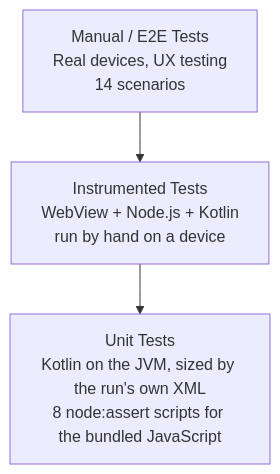
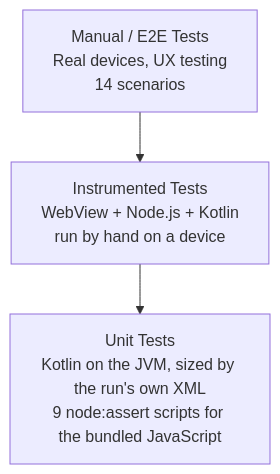
One commit to cuixinyuan666/vscodroid changed the first of 3 diagrams in docs/07-TESTING_STRATEGY.md. Above: the diagram before and after it, drawn with Mermaid. The commit also changed other lines of this file and 208 other files, not shown here.

````diff
--- a/docs/07-TESTING_STRATEGY.md
+++ b/docs/07-TESTING_STRATEGY.md
@@ -23,5 +23,5 @@
 ```mermaid
 flowchart TD
   E2E["Manual / E2E Tests<br/>Real devices, UX testing<br/>14 scenarios"] --> INT["Instrumented Tests<br/>WebView + Node.js + Kotlin<br/>run by hand on a device"]
-  INT --> UNIT["Unit Tests<br/>Kotlin on the JVM, sized by the run's own XML<br/>8 node:assert scripts for the bundled JavaScript"]
+  INT --> UNIT["Unit Tests<br/>Kotlin on the JVM, sized by the run's own XML<br/>9 node:assert scripts for the bundled JavaScript"]
 ```
````
